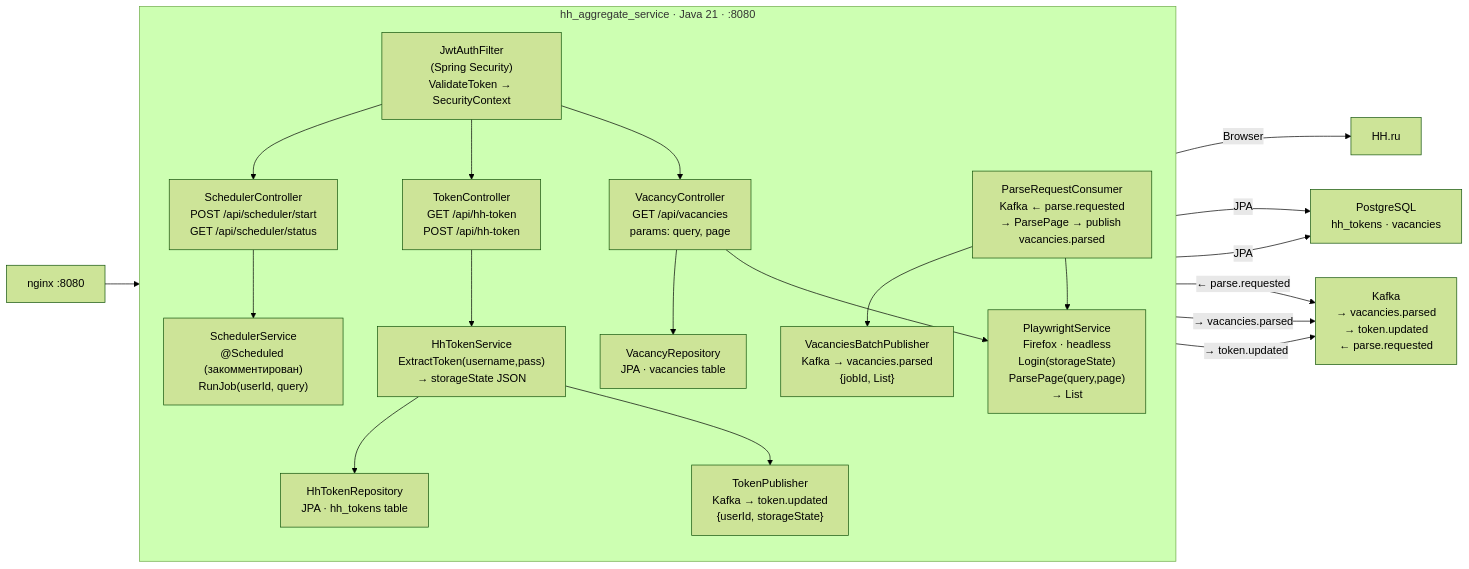
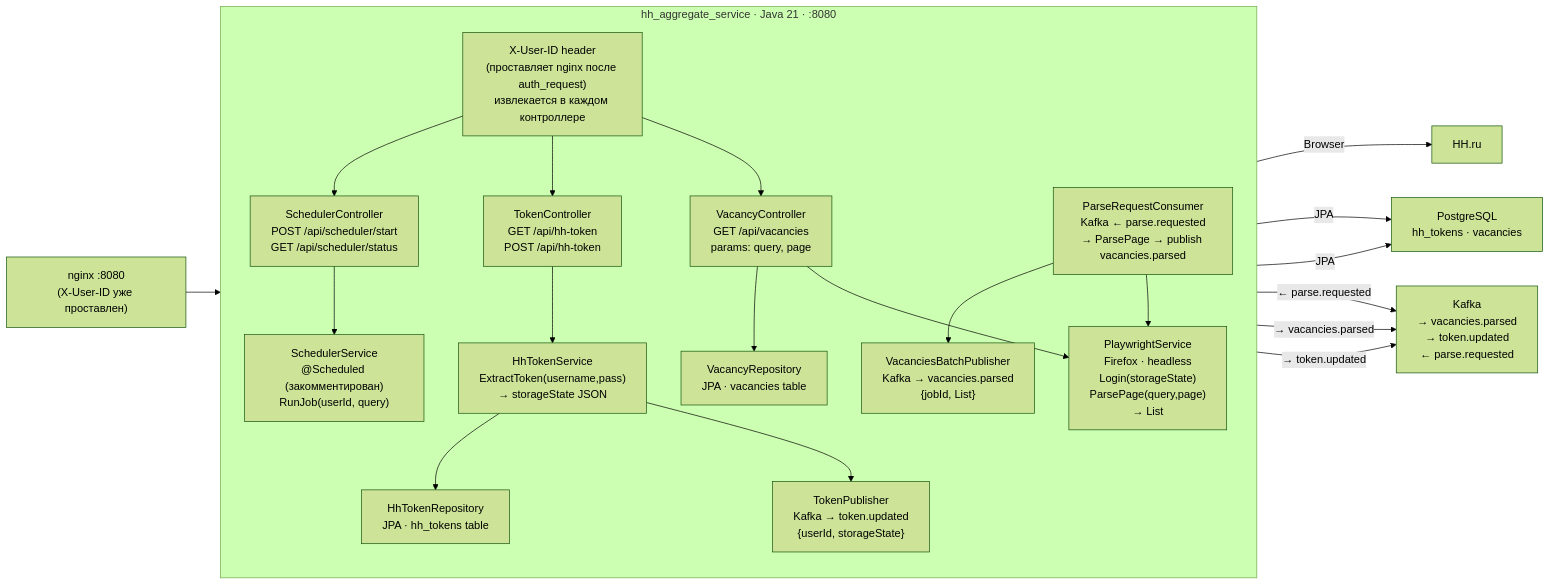
The second of 4 diagrams in docs/c4/05_components.md (ForpoS7/autoresponse_system), drawn with Mermaid (forest theme) before and after one commit. The commit also changed other lines of this file and 7 other files, not shown here.

````diff
--- a/docs/c4/05_components.md
+++ b/docs/c4/05_components.md
@@ -31,50 +36,50 @@
 ```mermaid
 flowchart LR
     subgraph AGGR_SVC["hh_aggregate_service · Java 21 · :8080"]
         direction TB
-        FILTER["JwtAuthFilter\n(Spring Security)\nValidateToken → SecurityContext"]
+        HDR["X-User-ID header\n(проставляет nginx после auth_request)\nизвлекается в каждом контроллере"]
         CTRL_V["VacancyController\nGET /api/vacancies\nparams: query, page"]
         CTRL_T["TokenController\nGET  /api/hh-token\nPOST /api/hh-token"]
         CTRL_S["SchedulerController\nPOST /api/scheduler/start\nGET  /api/scheduler/status"]
 
         PW_SVC["PlaywrightService\nFirefox · headless\nLogin(storageState)\nParsePage(query,page)\n→ List<Vacancy>"]
         TOKEN_SVC["HhTokenService\nExtractToken(username,pass)\n→ storageState JSON"]
         SCHED["SchedulerService\n@Scheduled (закомментирован)\nRunJob(userId, query)"]
 
         PARSE_CONS["ParseRequestConsumer\nKafka ← parse.requested\n→ ParsePage → publish vacancies.parsed"]
         TOKEN_PUB["TokenPublisher\nKafka → token.updated\n{userId, storageState}"]
         VAC_PUB["VacanciesBatchPublisher\nKafka → vacancies.parsed\n{jobId, List<Vacancy>}"]
 
         REPO_T["HhTokenRepository\nJPA · hh_tokens table"]
         REPO_V["VacancyRepository\nJPA · vacancies table"]
     end
 
-    NGINX["nginx :8080"]
+    NGINX["nginx :8080\n(X-User-ID уже проставлен)"]
     KAFKA_A["Kafka\n→ vacancies.parsed\n→ token.updated\n← parse.requested"]
     PG_A["PostgreSQL\nhh_tokens · vacancies"]
     HH_A["HH.ru"]
 
-    NGINX --> FILTER
-    FILTER --> CTRL_V
-    FILTER --> CTRL_T
-    FILTER --> CTRL_S
+    NGINX --> HDR
+    HDR --> CTRL_V
+    HDR --> CTRL_T
+    HDR --> CTRL_S
 
     CTRL_V --> PW_SVC
     CTRL_T --> TOKEN_SVC
     CTRL_S --> SCHED
 
     PARSE_CONS --> PW_SVC
     PARSE_CONS --> VAC_PUB
     TOKEN_SVC --> TOKEN_PUB
 
     PW_SVC -->|"Browser"| HH_A
     TOKEN_SVC --> REPO_T
     CTRL_V --> REPO_V
 
     REPO_T -->|"JPA"| PG_A
     REPO_V -->|"JPA"| PG_A
 
     PARSE_CONS -->|"← parse.requested"| KAFKA_A
     VAC_PUB    -->|"→ vacancies.parsed"| KAFKA_A
     TOKEN_PUB  -->|"→ token.updated"| KAFKA_A
 ```
````
